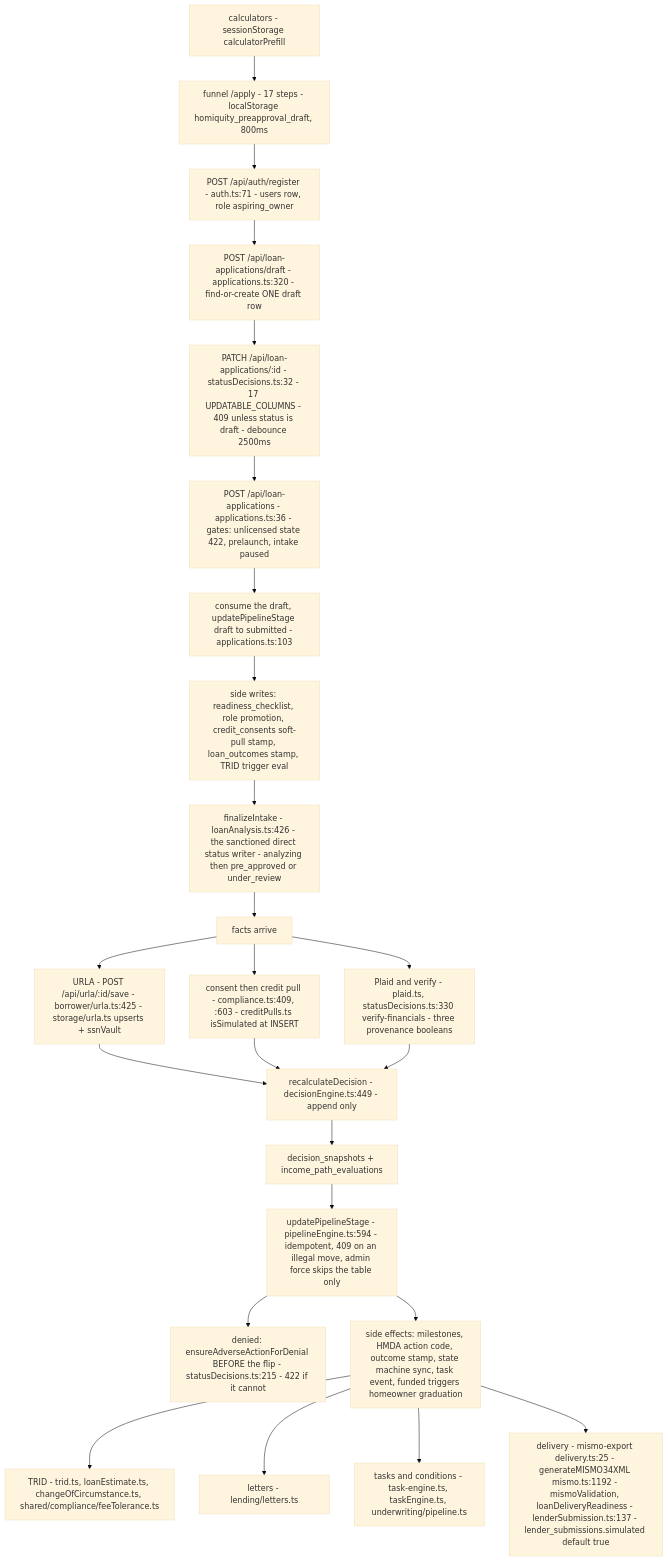
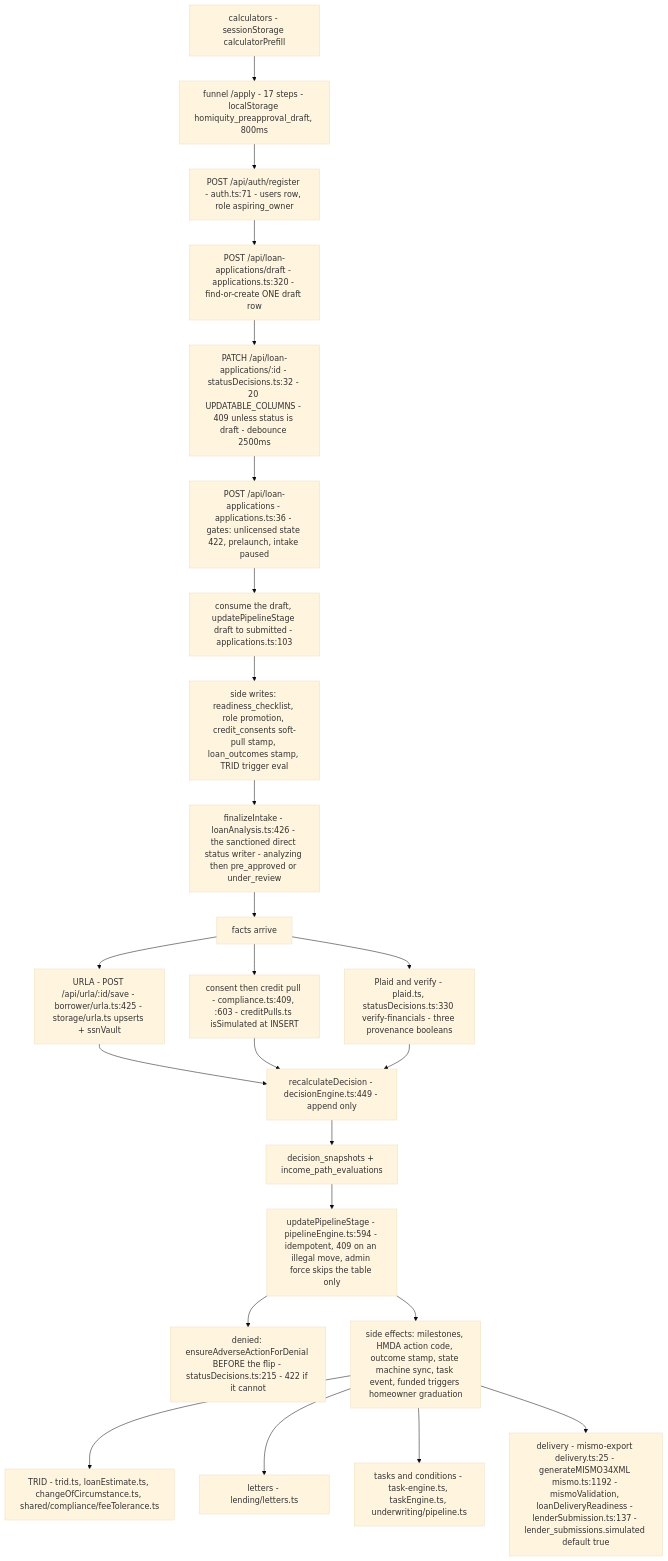
One commit to barakatammre84/Homiquity changed the diagram in knowledge-base/handoff/04-data-flow-loan-journey.md. Above: the diagram before and after it, drawn with Mermaid (base theme). The commit also changed other lines of this file and 19 other files, not shown here.

````diff
--- a/knowledge-base/handoff/04-data-flow-loan-journey.md
+++ b/knowledge-base/handoff/04-data-flow-loan-journey.md
@@ -36,26 +36,26 @@
 ```mermaid
 flowchart TD
   A["calculators - sessionStorage calculatorPrefill"] --> B["funnel /apply - 17 steps - localStorage homiquity_preapproval_draft, 800ms"]
   B --> C["POST /api/auth/register - auth.ts:71 - users row, role aspiring_owner"]
   C --> D["POST /api/loan-applications/draft - applications.ts:320 - find-or-create ONE draft row"]
-  D --> E["PATCH /api/loan-applications/:id - statusDecisions.ts:32 - 17 UPDATABLE_COLUMNS - 409 unless status is draft - debounce 2500ms"]
+  D --> E["PATCH /api/loan-applications/:id - statusDecisions.ts:32 - 20 UPDATABLE_COLUMNS - 409 unless status is draft - debounce 2500ms"]
   E --> F["POST /api/loan-applications - applications.ts:36 - gates: unlicensed state 422, prelaunch, intake paused"]
   F --> G["consume the draft, updatePipelineStage draft to submitted - applications.ts:103"]
   G --> H["side writes: readiness_checklist, role promotion, credit_consents soft-pull stamp, loan_outcomes stamp, TRID trigger eval"]
   H --> I["finalizeIntake - loanAnalysis.ts:426 - the sanctioned direct status writer - analyzing then pre_approved or under_review"]
   I --> J["facts arrive"]
   J --> K["URLA - POST /api/urla/:id/save - borrower/urla.ts:425 - storage/urla.ts upserts + ssnVault"]
   J --> L["consent then credit pull - compliance.ts:409, :603 - creditPulls.ts isSimulated at INSERT"]
   J --> M["Plaid and verify - plaid.ts, statusDecisions.ts:330 verify-financials - three provenance booleans"]
   K --> N["recalculateDecision - decisionEngine.ts:449 - append only"]
   L --> N
   M --> N
   N --> O["decision_snapshots + income_path_evaluations"]
   O --> P["updatePipelineStage - pipelineEngine.ts:594 - idempotent, 409 on an illegal move, admin force skips the table only"]
   P --> R["denied: ensureAdverseActionForDenial BEFORE the flip - statusDecisions.ts:215 - 422 if it cannot"]
   P --> Q["side effects: milestones, HMDA action code, outcome stamp, state machine sync, task event, funded triggers homeowner graduation"]
   Q --> S["TRID - trid.ts, loanEstimate.ts, changeOfCircumstance.ts, shared/compliance/feeTolerance.ts"]
   Q --> T["letters - lending/letters.ts"]
   Q --> U["tasks and conditions - task-engine.ts, taskEngine.ts, underwriting/pipeline.ts"]
   Q --> V["delivery - mismo-export delivery.ts:25 - generateMISMO34XML mismo.ts:1192 - mismoValidation, loanDeliveryReadiness - lenderSubmission.ts:137 - lender_submissions.simulated default true"]
 ```
````
